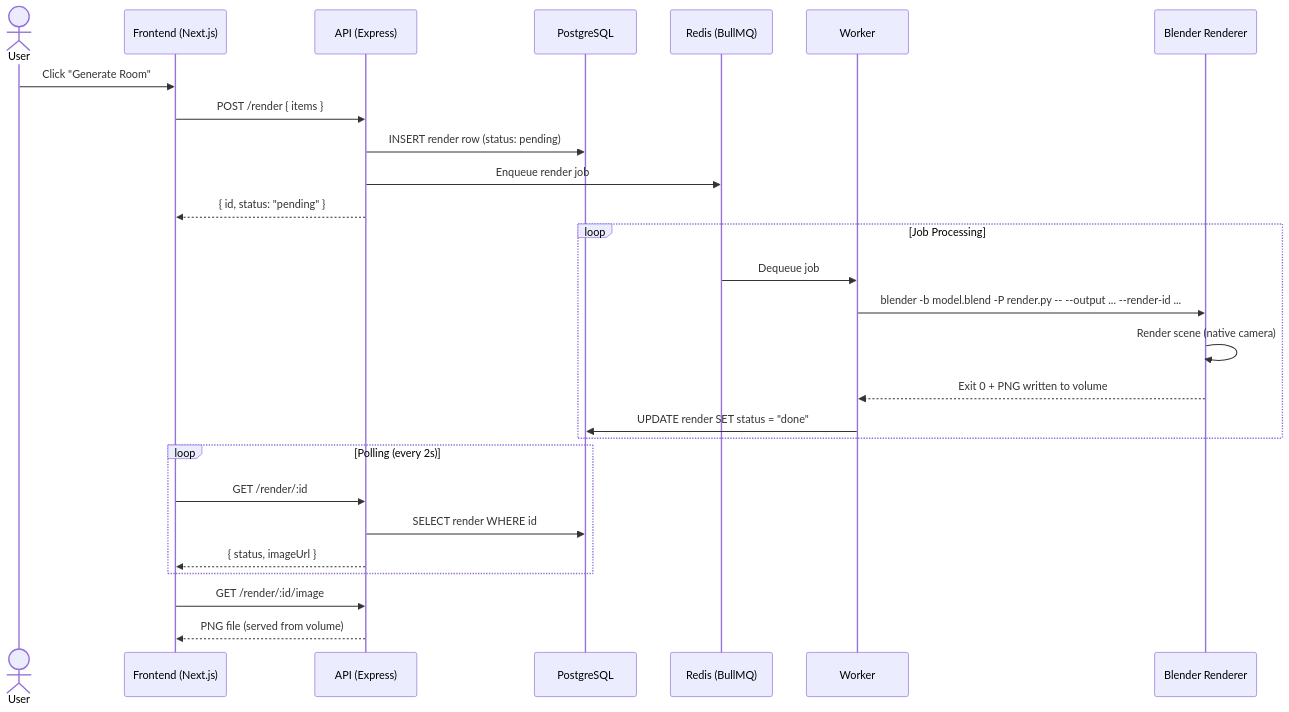
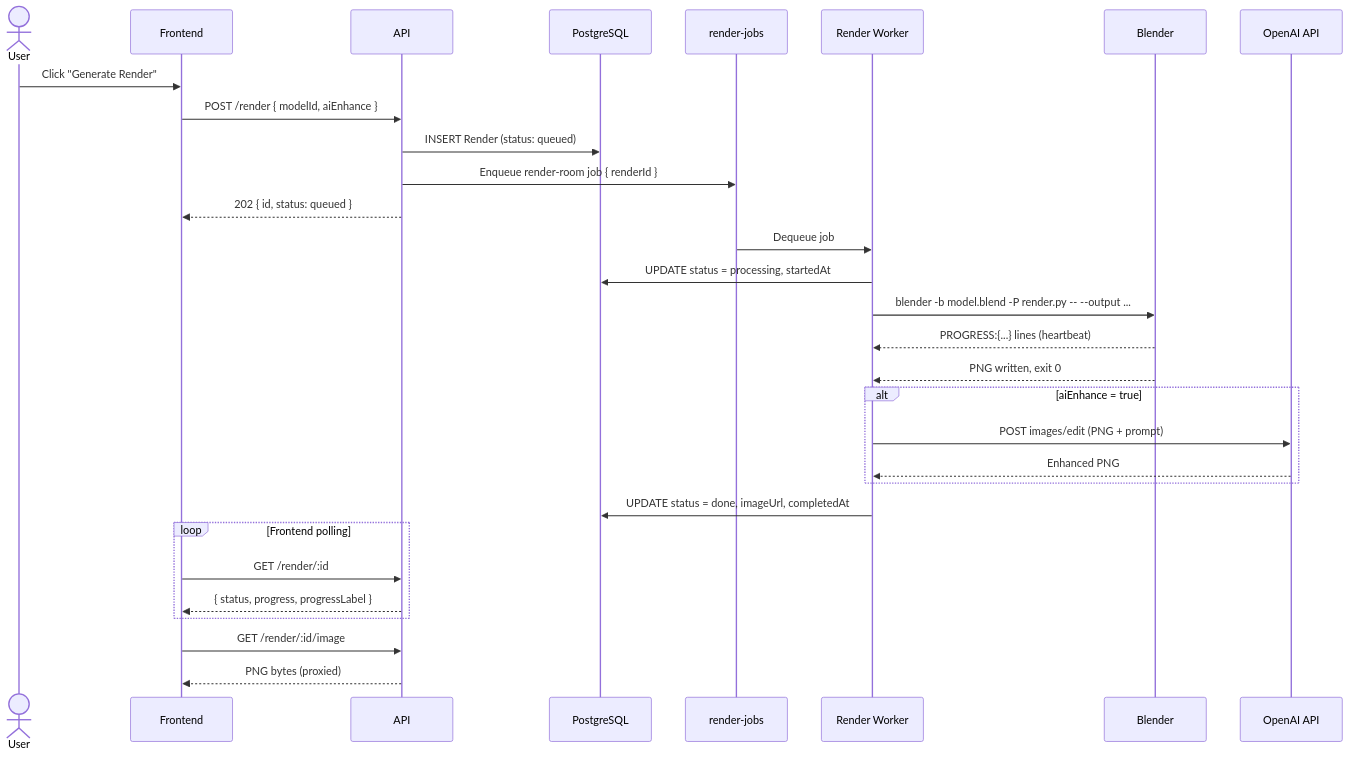
One commit to giovanizaghi/3d-room-platform changed the third of 3 diagrams in docs/architecture/01-overview.md. Above: the diagram before and after it, drawn with Mermaid. The commit also changed other lines of this file and 5 other files, not shown here.

First line of the commit message:
Refactor API and Worker Architecture

````diff
--- a/docs/architecture/01-overview.md
+++ b/docs/architecture/01-overview.md
@@ -35,33 +92,38 @@
 ```mermaid
 sequenceDiagram
     actor User
-    participant FE as Frontend (Next.js)
-    participant API as API (Express)
+    participant FE as Frontend
+    participant API as API
     participant DB as PostgreSQL
-    participant Q as Redis (BullMQ)
-    participant W as Worker
-    participant R as Blender Renderer
+    participant RQ as render-jobs
+    participant RW as Render Worker
+    participant B as Blender
+    participant AI as OpenAI API
 
-    User->>FE: Click "Generate Room"
-    FE->>API: POST /render { items }
-    API->>DB: INSERT render row (status: pending)
-    API->>Q: Enqueue render job
-    API-->>FE: { id, status: "pending" }
+    User->>FE: Click "Generate Render"
+    FE->>API: POST /render { modelId, aiEnhance }
+    API->>DB: INSERT Render (status: queued)
+    API->>RQ: Enqueue render-room job { renderId }
+    API-->>FE: 202 { id, status: queued }
 
-    loop Job Processing
-        Q->>W: Dequeue job
-        W->>R: blender -b model.blend -P render.py -- --output ... --render-id ...
-        R->>R: Render scene (native camera)
-        R-->>W: Exit 0 + PNG written to volume
-        W->>DB: UPDATE render SET status = "done"
+    RQ->>RW: Dequeue job
+    RW->>DB: UPDATE status = processing, startedAt
+    RW->>B: blender -b model.blend -P render.py -- --output ...
+    B-->>RW: PROGRESS:{...} lines (heartbeat)
+    B-->>RW: PNG written, exit 0
+
+    alt aiEnhance = true
+        RW->>AI: POST images/edit (PNG + prompt)
+        AI-->>RW: Enhanced PNG
     end
 
-    loop Polling (every 2s)
+    RW->>DB: UPDATE status = done, imageUrl, completedAt
+
+    loop Frontend polling
         FE->>API: GET /render/:id
-        API->>DB: SELECT render WHERE id
-        API-->>FE: { status, imageUrl }
+        API-->>FE: { status, progress, progressLabel }
     end
 
     FE->>API: GET /render/:id/image
-    API-->>FE: PNG file (served from volume)
+    API-->>FE: PNG bytes (proxied)
 ```
````
